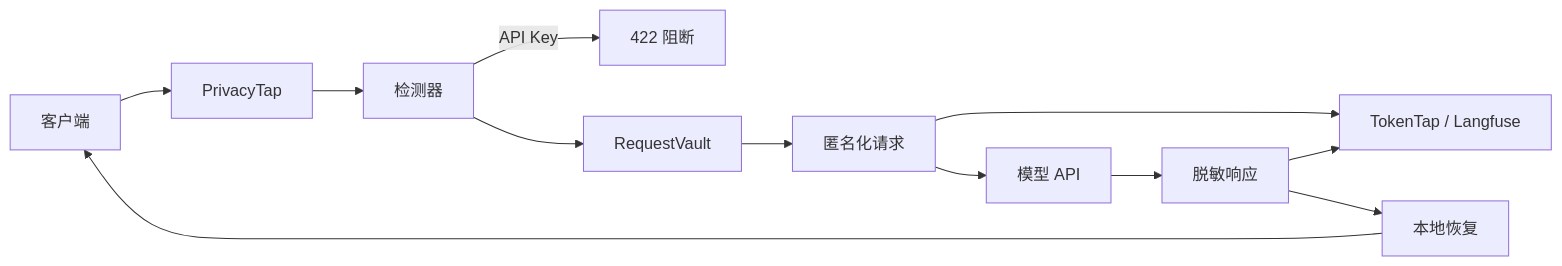
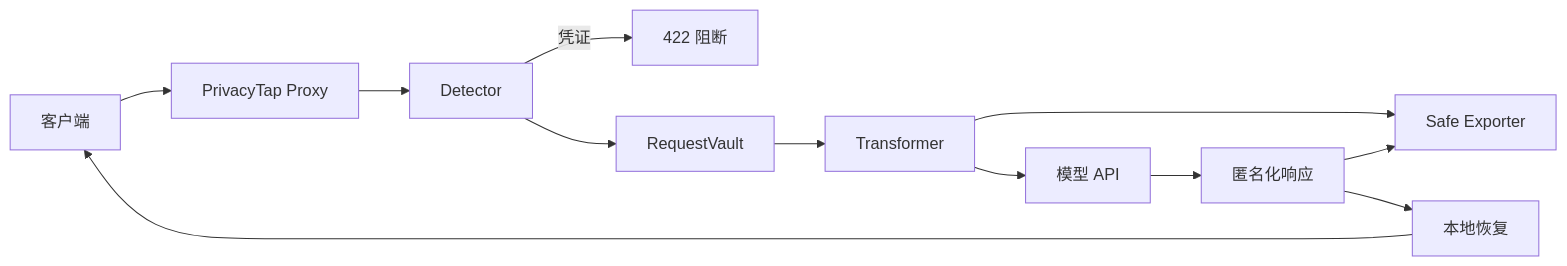
Before and after one commit to aRookiehuang/privacyTap: the diagram in docs/project-brief.md, drawn with Mermaid. The commit also changed other lines of this file and 42 other files, not shown here.

Commit message:
refactor: make PrivacyTap a standalone project

````diff
--- a/docs/project-brief.md
+++ b/docs/project-brief.md
@@ -37,14 +32,14 @@
 ```mermaid
 flowchart LR
-    U["客户端"] --> P["PrivacyTap"]
-    P --> D["检测器"]
-    D -->|"API Key"| B["422 阻断"]
+    U["客户端"] --> P["PrivacyTap Proxy"]
+    P --> D["Detector"]
+    D -->|"凭证"| B["422 阻断"]
     D --> V["RequestVault"]
-    V --> S["匿名化请求"]
-    S --> M["模型 API"]
-    S --> O["TokenTap / Langfuse"]
-    M --> R["脱敏响应"]
+    V --> T["Transformer"]
+    T --> M["模型 API"]
+    T --> O["Safe Exporter"]
+    M --> R["匿名化响应"]
     R --> O
     R --> X["本地恢复"]
     X --> U
 ```
````
